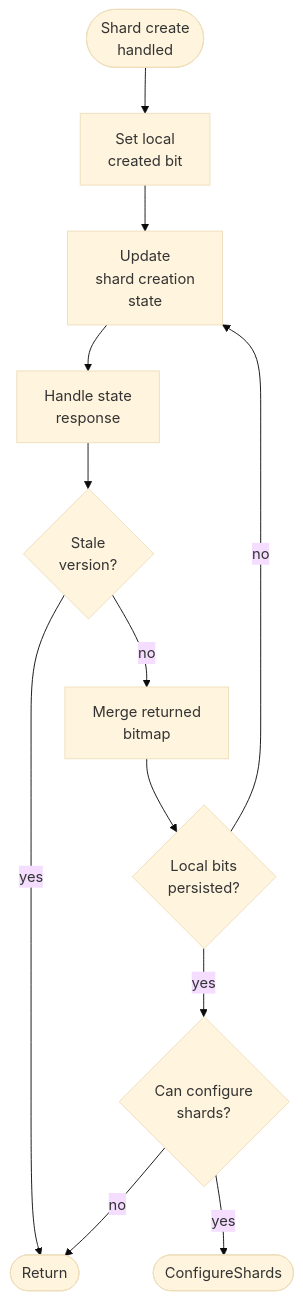
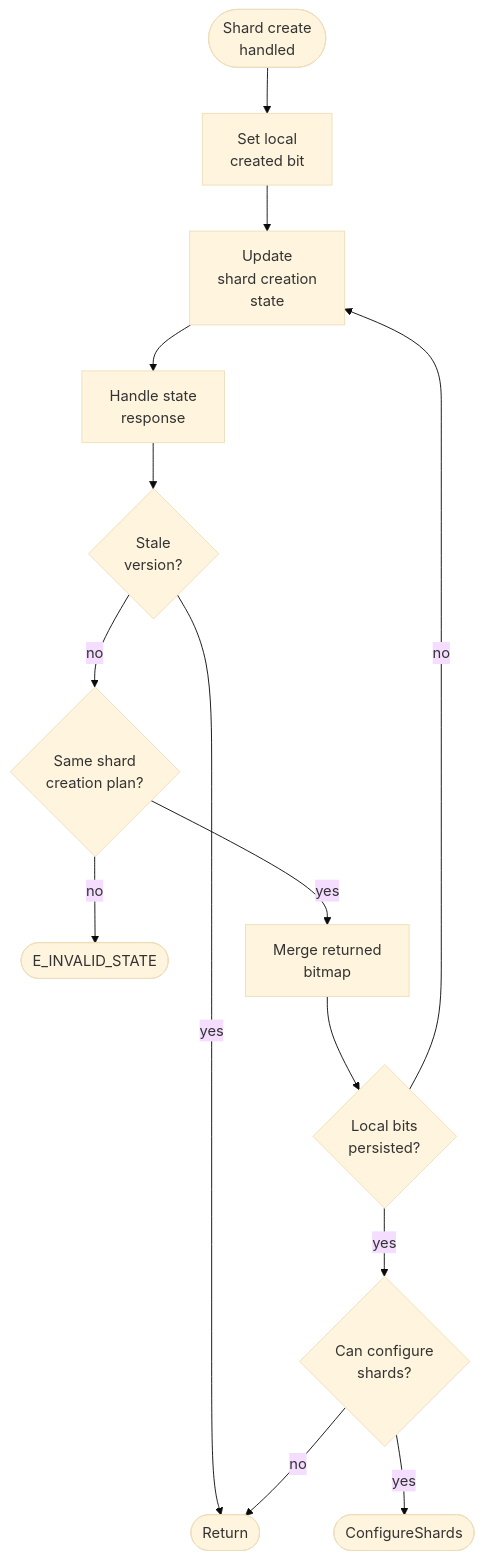
The fourth of 4 diagrams in doc/filestore/design/resize_flow.md (ydb-platform/nbs), drawn with Mermaid (base theme) before and after one commit. The commit also changed other lines of this file, not shown here.

````diff
--- a/doc/filestore/design/resize_flow.md
+++ b/doc/filestore/design/resize_flow.md
@@ -184,14 +186,16 @@
 ```mermaid
 flowchart TD
     Start([Shard create<br/>handled]) --> SetCreatedBit["Set local<br/>created bit"]
     SetCreatedBit --> UpdateState["Update<br/>shard creation<br/>state"]
     UpdateState --> StateResp["Handle state<br/>response"]
     StateResp --> StaleState{Stale<br/>version?}
     StaleState -->|yes| Done([Return])
-    StaleState -->|no| MergeState["Merge returned<br/>bitmap"]
+    StaleState -->|no| SamePlan{Same shard<br/>creation plan?}
+    SamePlan -->|no| InvalidPlan([E_INVALID_STATE])
+    SamePlan -->|yes| MergeState["Merge returned<br/>bitmap"]
     MergeState --> BitsPersisted{Local bits<br/>persisted?}
     BitsPersisted -->|no| UpdateState
     BitsPersisted -->|yes| CanConfigure{Can configure<br/>shards?}
     CanConfigure -->|yes| Configure([ConfigureShards])
     CanConfigure -->|no| Done
 ```
````
